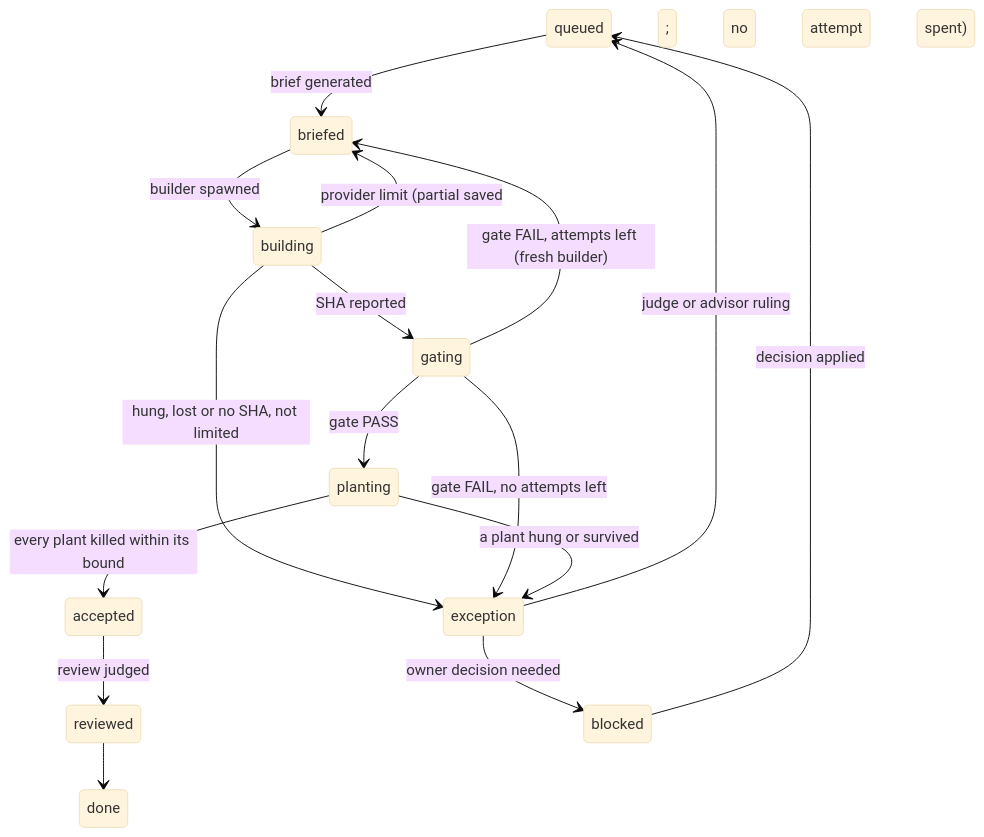
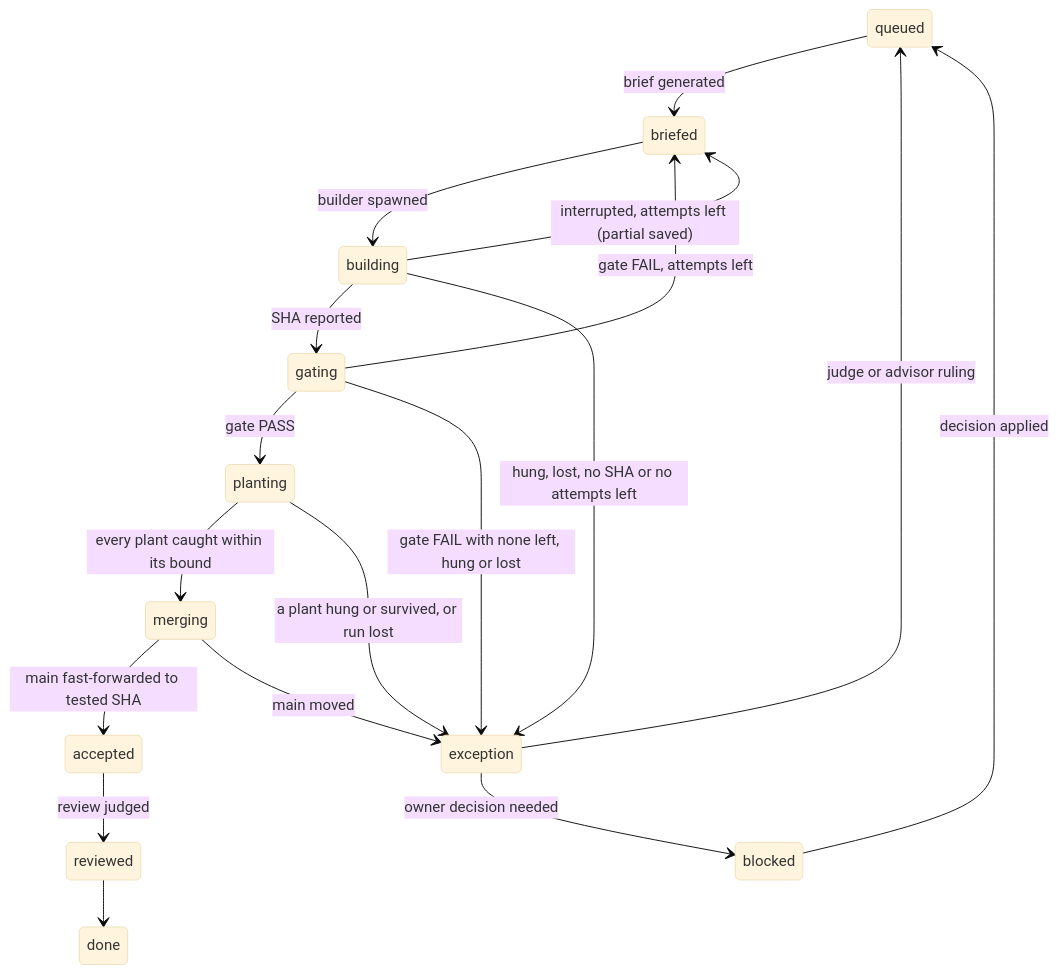
Before and after one commit to igor1309/ai-labs: the diagram in research/agister/research/Build-loop orchestrator.md, drawn with Mermaid (base theme). The commit also changed other lines of this file, not shown here.

````diff
--- a/research/agister/research/Build-loop orchestrator.md
+++ b/research/agister/research/Build-loop orchestrator.md
@@ -44,18 +39,20 @@
 ```mermaid
 stateDiagram-v2
   queued --> briefed: brief generated
   briefed --> building: builder spawned
   building --> gating: SHA reported
-  building --> briefed: provider limit (partial saved; no attempt spent)
-  building --> exception: hung, lost or no SHA, not limited
+  building --> briefed: interrupted, attempts left (partial saved)
+  building --> exception: hung, lost, no SHA or no attempts left
   gating --> planting: gate PASS
-  gating --> briefed: gate FAIL, attempts left (fresh builder)
-  gating --> exception: gate FAIL, no attempts left
-  planting --> accepted: every plant killed within its bound
-  planting --> exception: a plant hung or survived
+  gating --> briefed: gate FAIL, attempts left
+  gating --> exception: gate FAIL with none left, hung or lost
+  planting --> merging: every plant caught within its bound
+  planting --> exception: a plant hung or survived, or run lost
+  merging --> accepted: main fast-forwarded to tested SHA
+  merging --> exception: main moved
   accepted --> reviewed: review judged
   reviewed --> done
   exception --> queued: judge or advisor ruling
   exception --> blocked: owner decision needed
   blocked --> queued: decision applied
 ```
````
